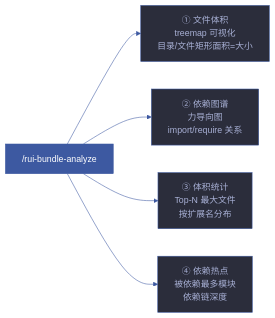
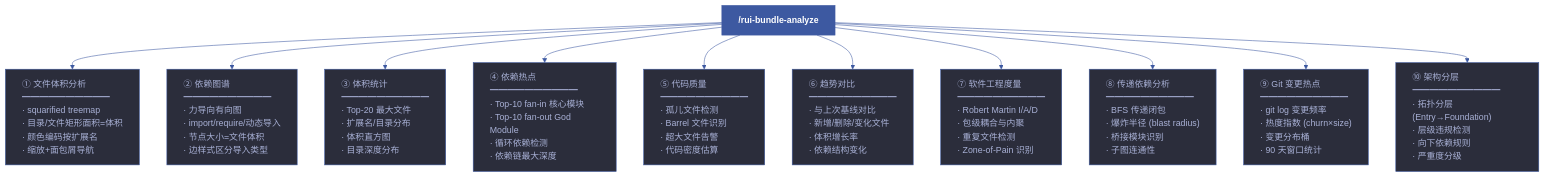
Before and after one commit to effiy/YrY: the first of 2 diagrams in skills/rui-bundle-analyze/SKILL.md, drawn with Mermaid. The commit also changed other lines of this file and 553 other files, not shown here.

````diff
--- a/skills/rui-bundle-analyze/SKILL.md
+++ b/skills/rui-bundle-analyze/SKILL.md
@@ -30,18 +116,26 @@
 ```mermaid
 %%{init: {'theme': 'base', 'themeVariables': {
   'primaryColor': '#1e1f2b',
   'primaryTextColor': '#a9b1d6',
   'primaryBorderColor': '#3d59a1',
   'lineColor': '#3d59a1',
   'secondaryColor': '#2b2d3b',
   'tertiaryColor': '#21232f'
 }}}%%
-flowchart LR
-    ENTRY["/rui-bundle-analyze"]:::entry --> D1["① 文件体积<br/>treemap 可视化<br/>目录/文件矩形面积=大小"]:::dim
-    ENTRY --> D2["② 依赖图谱<br/>力导向图<br/>import/require 关系"]:::dim
-    ENTRY --> D3["③ 体积统计<br/>Top-N 最大文件<br/>按扩展名分布"]:::dim
-    ENTRY --> D4["④ 依赖热点<br/>被依赖最多模块<br/>依赖链深度"]:::dim
+flowchart TB
+    ENTRY["/rui-bundle-analyze"]:::entry
 
-    classDef entry fill:#3d59a1,color:#fff
-    classDef dim fill:#2b2d3b,stroke:#3d59a1,color:#a9b1d6
+    ENTRY --> D1["① 文件体积分析<br/>━━━━━━━━━━<br/>· squarified treemap<br/>· 目录/文件矩形面积=体积<br/>· 颜色编码按扩展名<br/>· 缩放+面包屑导航"]:::dim
+    ENTRY --> D2["② 依赖图谱<br/>━━━━━━━━━━<br/>· 力导向有向图<br/>· import/require/动态导入<br/>· 节点大小=文件体积<br/>· 边样式区分导入类型"]:::dim
+    ENTRY --> D3["③ 体积统计<br/>━━━━━━━━━━<br/>· Top-20 最大文件<br/>· 扩展名/目录分布<br/>· 体积直方图<br/>· 目录深度分布"]:::dim
+    ENTRY --> D4["④ 依赖热点<br/>━━━━━━━━━━<br/>· Top-10 fan-in 核心模块<br/>· Top-10 fan-out God Module<br/>· 循环依赖检测<br/>· 依赖链最大深度"]:::dim
+    ENTRY --> D5["⑤ 代码质量<br/>━━━━━━━━━━<br/>· 孤儿文件检测<br/>· Barrel 文件识别<br/>· 超大文件告警<br/>· 代码密度估算"]:::dim
+    ENTRY --> D6["⑥ 趋势对比<br/>━━━━━━━━━━<br/>· 与上次基线对比<br/>· 新增/删除/变化文件<br/>· 体积增长率<br/>· 依赖结构变化"]:::dim
+    ENTRY --> D7["⑦ 软件工程度量<br/>━━━━━━━━━━<br/>· Robert Martin I/A/D<br/>· 包级耦合与内聚<br/>· 重复文件检测<br/>· Zone-of-Pain 识别"]:::dim
+    ENTRY --> D8["⑧ 传递依赖分析<br/>━━━━━━━━━━<br/>· BFS 传递闭包<br/>· 爆炸半径 (blast radius)<br/>· 桥接模块识别<br/>· 子图连通性"]:::dim
+    ENTRY --> D9["⑨ Git 变更热点<br/>━━━━━━━━━━<br/>· git log 变更频率<br/>· 热度指数 (churn×size)<br/>· 变更分布桶<br/>· 90 天窗口统计"]:::dim
+    ENTRY --> D10["⑩ 架构分层<br/>━━━━━━━━━━<br/>· 拓扑分层 (Entry→Foundation)<br/>· 层级违规检测<br/>· 向下依赖规则<br/>· 严重度分级"]:::dim
+
+    classDef entry fill:#3d59a1,color:#fff,font-weight:bold
+    classDef dim fill:#2b2d3b,stroke:#3d59a1,color:#a9b1d6,text-align:left
 ```
````
